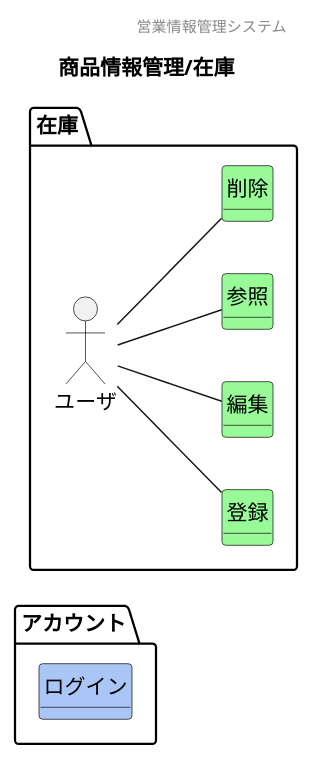
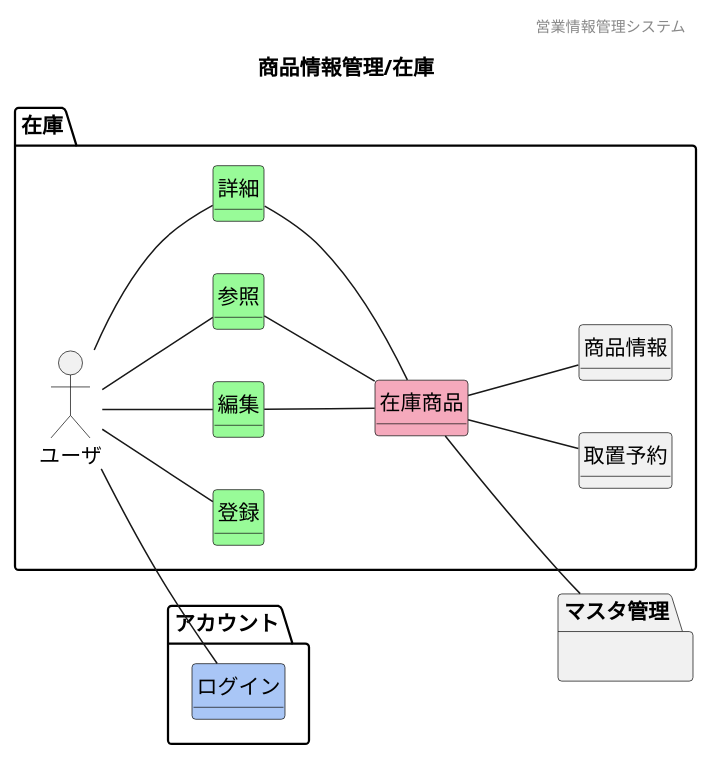
One commit to HaruShim/Sotuken changed the diagram in 各種設計書/1ドメインモデル図/商品情報管理/F07在庫.plantuml. Above: the diagram before and after it, drawn with PlantUML. The commit also changed 13 other files, not shown here.

```diff
--- a/各種設計書/1ドメインモデル図/商品情報管理/F07在庫.plantuml
+++ b/各種設計書/1ドメインモデル図/商品情報管理/F07在庫.plantuml
@@ -1,38 +1,50 @@
 @startuml images/商品情報管理/在庫
 ' ヘッダー
 header 営業情報管理システム
 ' タイトル
 title 商品情報管理/在庫
 ' 
 hide circle
 ' 
 hide method
 left to right direction
 
 package "アカウント"{
     class "ログイン" #A9C6F6
 }
 
 package "在庫" {
     'ユーザや外部システム
     mix_actor "ユーザ"
     class "登録" #98fb98
     class "編集" #98fb98
     class "参照" #98fb98
-    class "削除" #98fb98
+    class "詳細" #98fb98
+    class "在庫商品" #F5A9BC
+    class "取置予約"
+    class "商品情報"
+}
+    package "マスタ管理"{
+    }
     ' class "" #F5A9BC
     ' class "" #ffd700
 
     'モデル同士の関係
     ユーザ -- 参照
     ユーザ -- 登録
     ユーザ -- 編集
-    ユーザ -- 削除
+    ユーザ -- 詳細
+    ユーザ -- ログイン
+    参照 -- 在庫商品
+    編集 -- 在庫商品
+    詳細 -- 在庫商品
+    在庫商品 -- 取置予約
+    在庫商品 -- 商品情報
+    在庫商品-- マスタ管理
 
     'ドメインクラスの属性
 
-}
 
 
 
 @enduml
```
